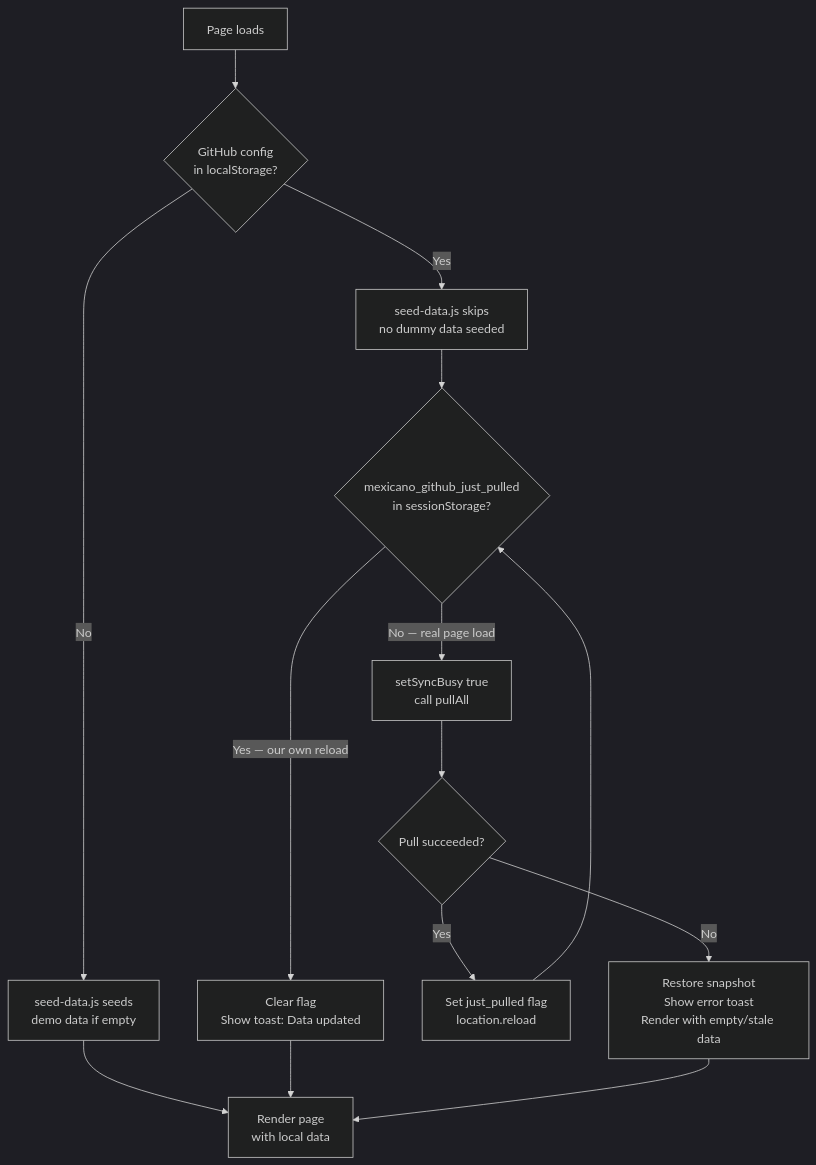
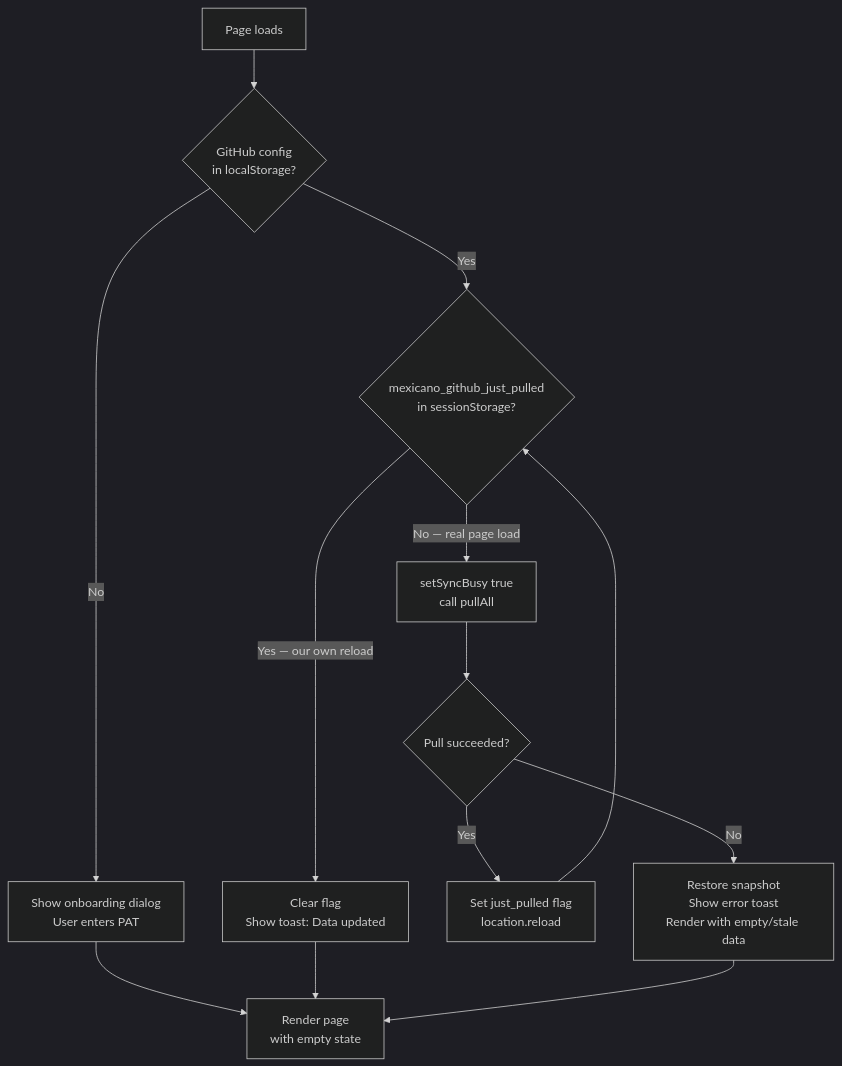
The first of 4 diagrams in docs/sync-architecture.md (MinoPlay/Mexicano_v3), drawn with Mermaid (dark theme) before and after one commit. The commit also changed 4 other files, not shown here.

Commit message:
Dummy seed data removed entirely.

````diff
--- a/docs/sync-architecture.md
+++ b/docs/sync-architecture.md
@@ -9,16 +9,15 @@
 ```mermaid
 flowchart TD
     A[Page loads] --> B{GitHub config\nin localStorage?}
-    B -->|No| C[seed-data.js seeds\ndemo data if empty]
-    C --> D[Render page\nwith local data]
-    B -->|Yes| E[seed-data.js skips\nno dummy data seeded]
-    E --> F{mexicano_github_just_pulled\nin sessionStorage?}
-    F -->|Yes — our own reload| G[Clear flag\nShow toast: Data updated]
+    B -->|No| C[Show onboarding dialog\nUser enters PAT]
+    C --> D[Render page\nwith empty state]
+    B -->|Yes| E{mexicano_github_just_pulled\nin sessionStorage?}
+    E -->|Yes — our own reload| G[Clear flag\nShow toast: Data updated]
     G --> D
-    F -->|No — real page load| H[setSyncBusy true\ncall pullAll]
+    E -->|No — real page load| H[setSyncBusy true\ncall pullAll]
     H --> I{Pull succeeded?}
     I -->|Yes| J[Set just_pulled flag\nlocation.reload]
-    J --> F
+    J --> E
     I -->|No| K[Restore snapshot\nShow error toast\nRender with empty/stale data]
     K --> D
 ```
````
